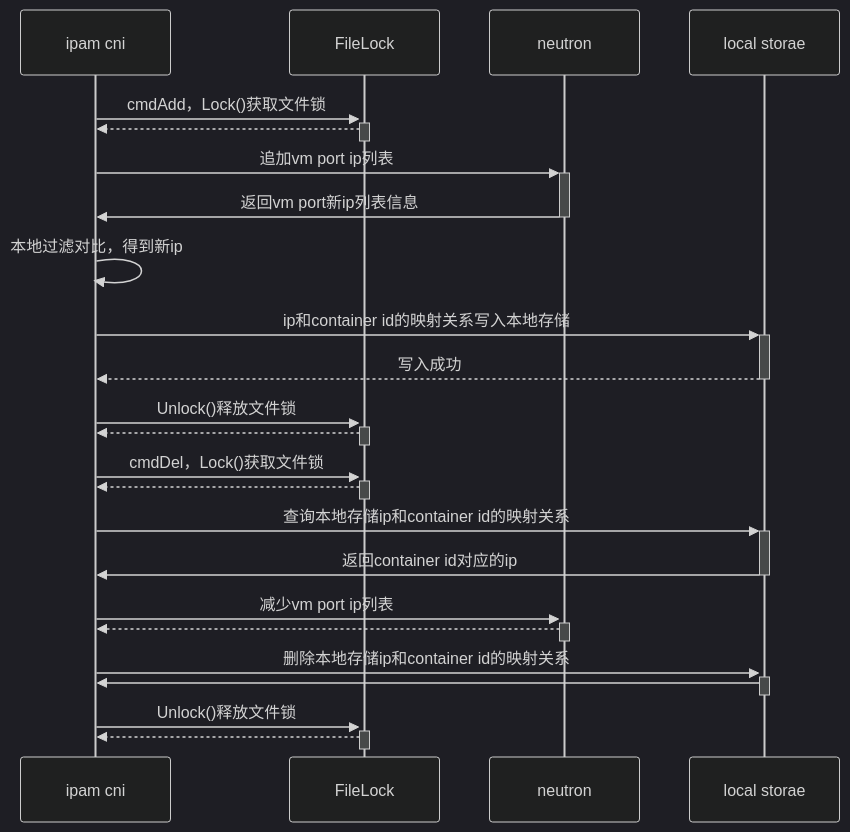
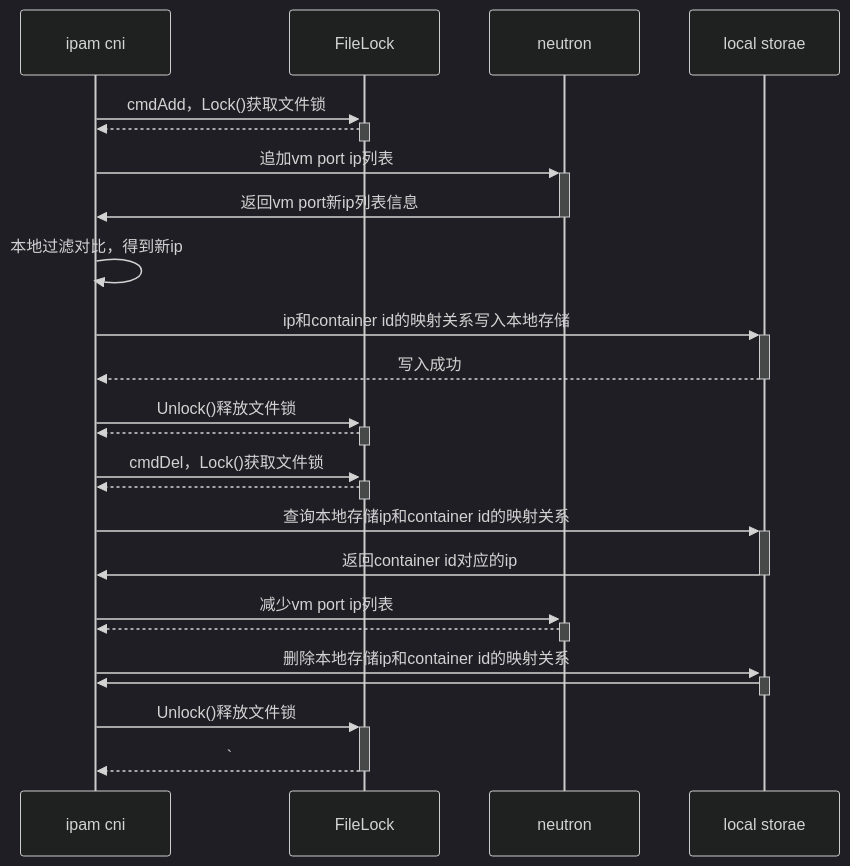
The diagram in _posts/2020-05-12-好记性不如烂笔头-k8s OpenStack网络打通二.md (yaoice/int32bit.github.io), drawn with Mermaid (dark theme) before and after one commit. The commit also changed other lines of this file, not shown here.

Commit message:
update k8s、OpenStack网络打通(二)

````diff
--- a/_posts/2020-05-12-好记性不如烂笔头-k8s OpenStack网络打通二.md
+++ b/_posts/2020-05-12-好记性不如烂笔头-k8s OpenStack网络打通二.md
@@ -78,23 +77,22 @@
 ```mermaid
 sequenceDiagram
-    ipam cni ->> +FileLock : cmdAdd，Lock()获取文件锁
-    FileLock -->> -ipam cni : 
-    ipam cni ->> + neutron : 追加vm port ip列表
-    neutron ->> - ipam cni : 返回vm port新ip列表信息
-    ipam cni ->> ipam cni : 本地过滤对比，得到新ip
-    ipam cni ->> +local storae : ip和container id的映射关系写入本地存储
+    ipam cni ->> +FileLock: cmdAdd，Lock()获取文件锁
+    FileLock -->> -ipam cni: 
+    ipam cni ->> + neutron: 追加vm port ip列表
+    neutron ->> - ipam cni: 返回vm port新ip列表信息
+    ipam cni ->> ipam cni: 本地过滤对比，得到新ip
+    ipam cni ->> +local storae: ip和container id的映射关系写入本地存储
     local storae -->> -ipam cni :写入成功 
     ipam cni ->> +FileLock: Unlock()释放文件锁
-    FileLock -->> -ipam cni : 
-    
-    ipam cni ->> +FileLock : cmdDel，Lock()获取文件锁
-    FileLock -->> -ipam cni : 
-    ipam cni ->> +local storae : 查询本地存储ip和container id的映射关系
-    local storae ->> -ipam cni : 返回container id对应的ip 
-    ipam cni ->> +neutron : 减少vm port ip列表
-    neutron -->> -ipam cni : 
-    ipam cni ->> +local storae : 删除本地存储ip和container id的映射关系
-    local storae ->> -ipam cni : 
+    FileLock -->> -ipam cni: 
+    ipam cni ->> +FileLock: cmdDel，Lock()获取文件锁
+    FileLock -->> -ipam cni: 
+    ipam cni ->> +local storae: 查询本地存储ip和container id的映射关系
+    local storae ->> -ipam cni: 返回container id对应的ip 
+    ipam cni ->> +neutron: 减少vm port ip列表
+    neutron -->> -ipam cni: 
+    ipam cni ->> +local storae: 删除本地存储ip和container id的映射关系
+    local storae ->> -ipam cni: 
     ipam cni ->> +FileLock: Unlock()释放文件锁
-    FileLock -->> -ipam cni :  
+    FileLock -->> -ipam cni: `
 ```
````
